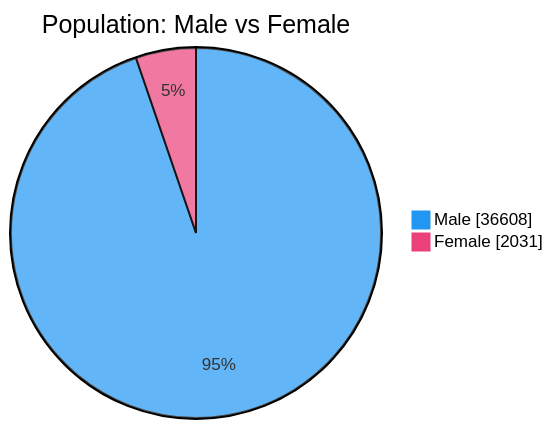
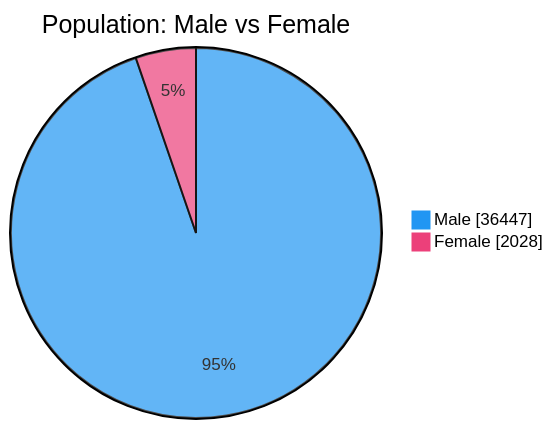
One commit to nuuuwan/lk_prisons changed the second of 7 diagrams in README.md. Above: the diagram before and after it, drawn with Mermaid. The commit also changed other lines of this file and 1 other file, not shown here.

````diff
--- a/README.md
+++ b/README.md
@@ -54,6 +54,6 @@
 ```mermaid
 %%{init: {'themeVariables': {'pie1': '#2196F3', 'pie2': '#EC407A'}}}%%
 pie showData title Population: Male vs Female
-    "Male" : 36608
-    "Female" : 2031
+    "Male" : 36447
+    "Female" : 2028
 ```
````
